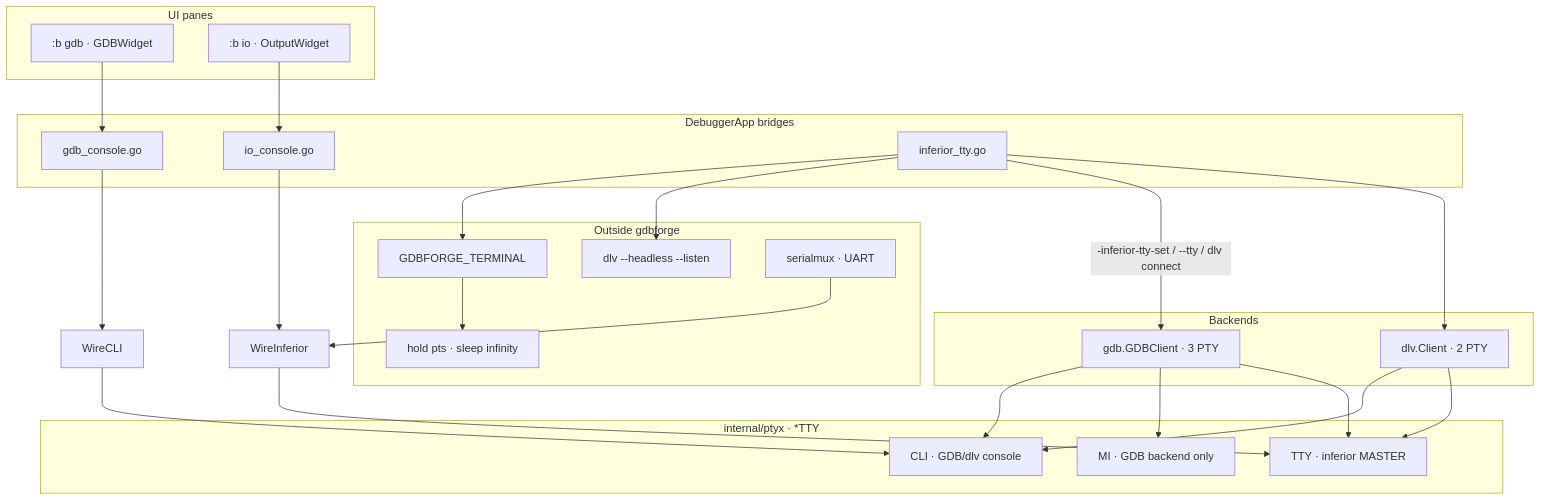
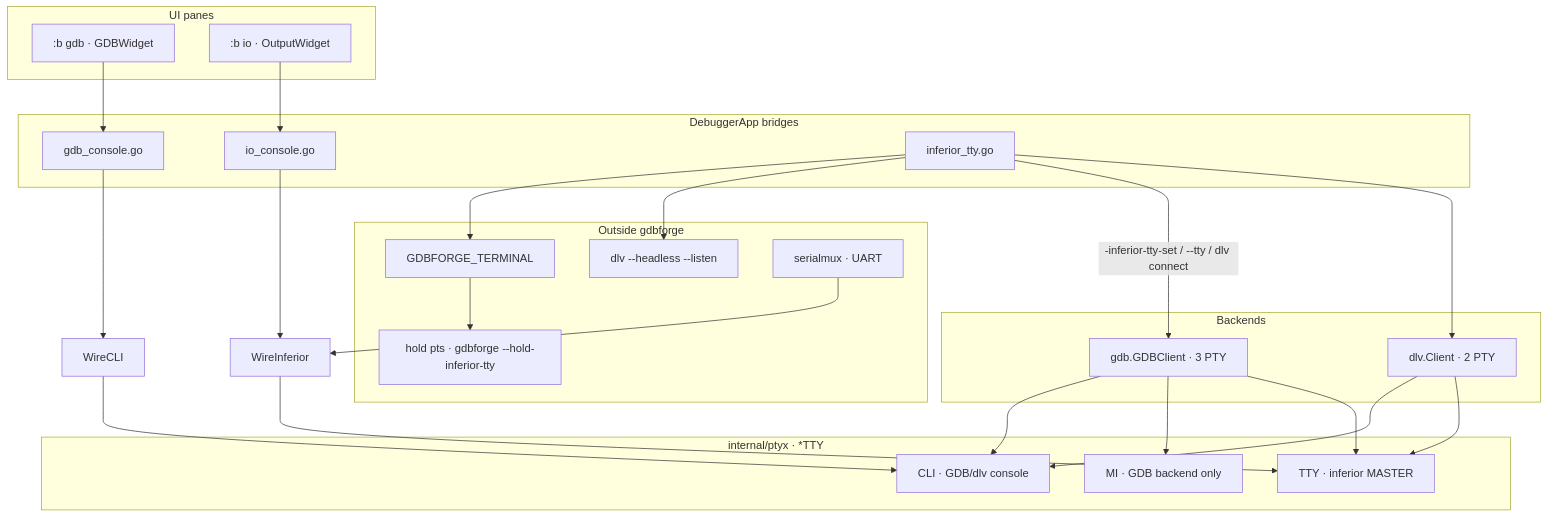
Before and after one commit to yairgd/gdbforge: the first of 5 diagrams in docs/PTY_ARCHITECTURE.md, drawn with Mermaid. The commit also changed other lines of this file and 9 other files, not shown here.

````diff
--- a/docs/PTY_ARCHITECTURE.md
+++ b/docs/PTY_ARCHITECTURE.md
@@ -51,49 +51,49 @@
 ```mermaid
 flowchart TB
   subgraph UI["UI panes"]
     GDBW[":b gdb · GDBWidget"]
     IOW[":b io · OutputWidget"]
   end
 
   subgraph App["DebuggerApp bridges"]
     BridgeG["gdb_console.go"]
     BridgeI["io_console.go"]
     InfCtl["inferior_tty.go"]
   end
 
   subgraph Ptyx["internal/ptyx · *TTY"]
     CLI["CLI · GDB/dlv console"]
     MI["MI · GDB backend only"]
     T["TTY · inferior MASTER"]
   end
 
   subgraph Backends["Backends"]
     GC["gdb.GDBClient · 3 PTY"]
     DC["dlv.Client · 2 PTY"]
   end
 
   subgraph Ext["Outside gdbforge"]
     Term["GDBFORGE_TERMINAL"]
-    Hold["hold pts · sleep infinity"]
+    Hold["hold pts · gdbforge --hold-inferior-tty"]
     Headless["dlv --headless --listen"]
     Serial["serialmux · UART"]
   end
 
   GDBW --> BridgeG
   BridgeG --> WireG["WireCLI"]
   WireG --> CLI
   IOW --> BridgeI
   BridgeI --> WireI["WireInferior"]
   WireI --> T
   GC --> CLI
   GC --> MI
   GC --> T
   DC --> CLI
   DC --> T
   Serial --> WireI
   InfCtl --> Term
   Term --> Hold
   InfCtl --> Headless
   InfCtl -->|"-inferior-tty-set / --tty / dlv connect"| GC
   InfCtl --> DC
 ```
````
